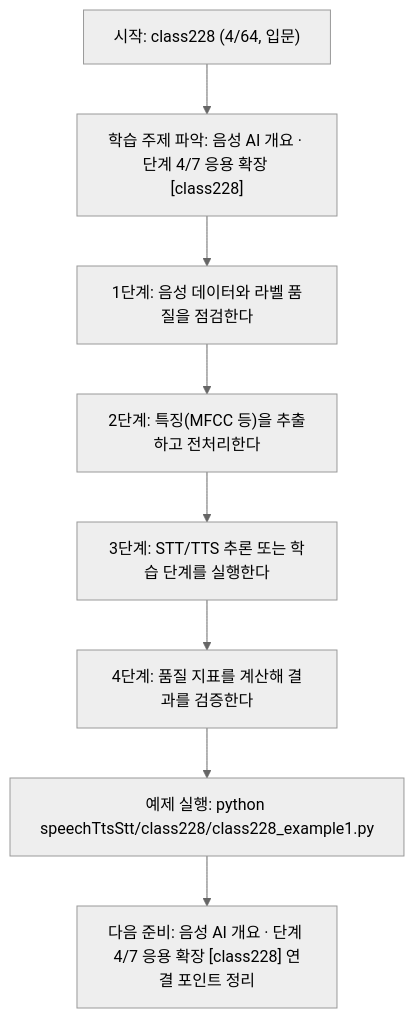
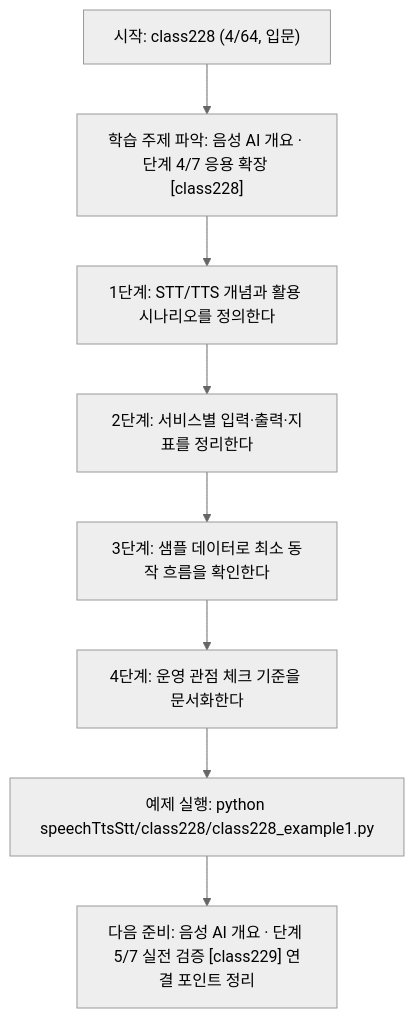
One commit to edumgt/Python-AI_Agent-Class changed the diagram in speechTtsStt/class228/class228.md. Above: the diagram before and after it, drawn with Mermaid (neutral theme). The commit also changed other lines of this file and 1122 other files, not shown here.

````diff
--- a/speechTtsStt/class228/class228.md
+++ b/speechTtsStt/class228/class228.md
@@ -114,18 +95,18 @@
 ```mermaid
 flowchart TD
 N1["시작: class228 (4/64, 입문)"]
 N2["학습 주제 파악: 음성 AI 개요 · 단계 4/7 응용 확장 [class228]"]
-N3["1단계: 음성 데이터와 라벨 품질을 점검한다"]
-N4["2단계: 특징(MFCC 등)을 추출하고 전처리한다"]
-N5["3단계: STT/TTS 추론 또는 학습 단계를 실행한다"]
-N6["4단계: 품질 지표를 계산해 결과를 검증한다"]
+N3["1단계: STT/TTS 개념과 활용 시나리오를 정의한다"]
+N4["2단계: 서비스별 입력·출력·지표를 정리한다"]
+N5["3단계: 샘플 데이터로 최소 동작 흐름을 확인한다"]
+N6["4단계: 운영 관점 체크 기준을 문서화한다"]
 N7["예제 실행: python speechTtsStt/class228/class228_example1.py"]
-N8["다음 준비: 음성 AI 개요 · 단계 4/7 응용 확장 [class228] 연결 포인트 정리"]
+N8["다음 준비: 음성 AI 개요 · 단계 5/7 실전 검증 [class229] 연결 포인트 정리"]
 N1 --> N2
 N2 --> N3
 N3 --> N4
 N4 --> N5
 N5 --> N6
 N6 --> N7
 N7 --> N8
 ```
````
